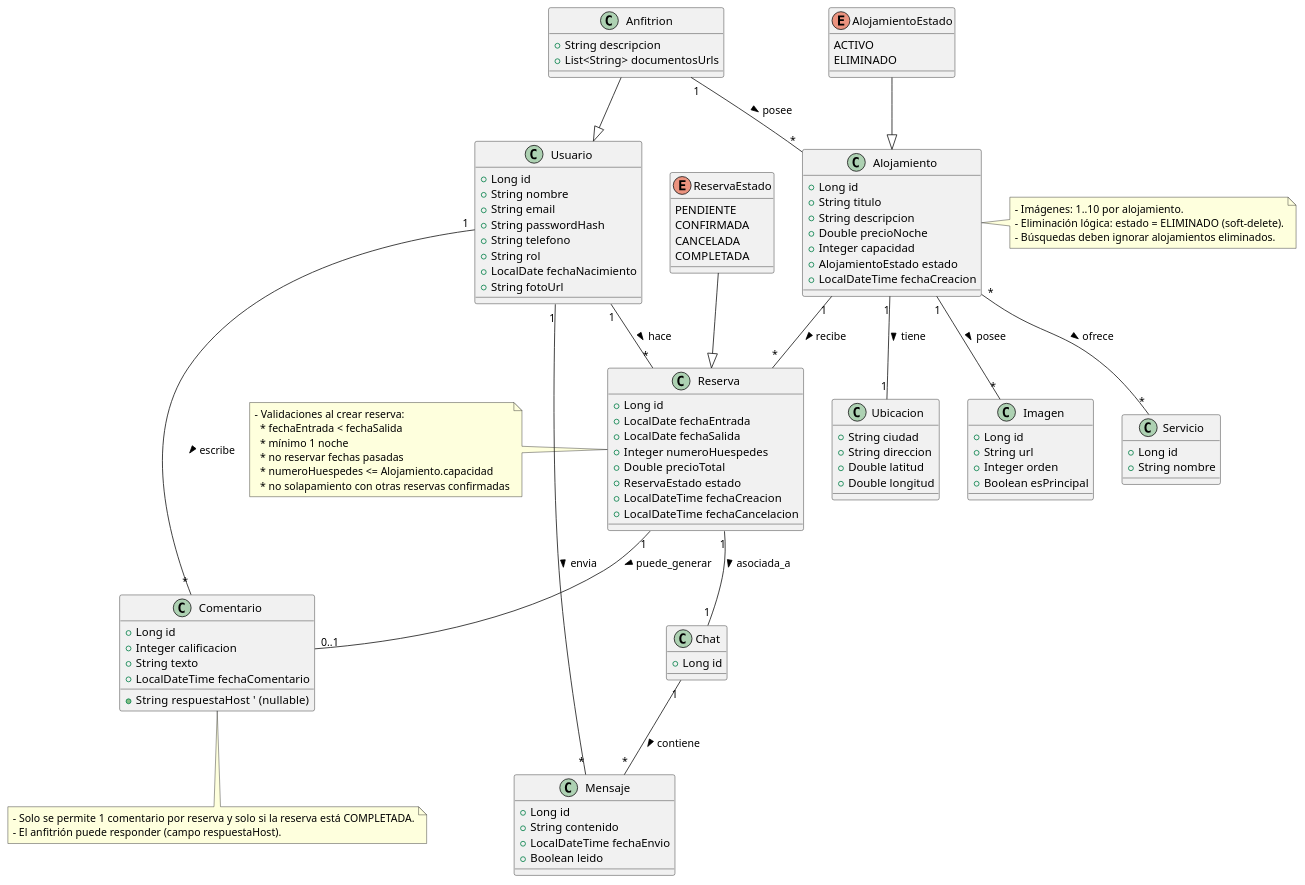
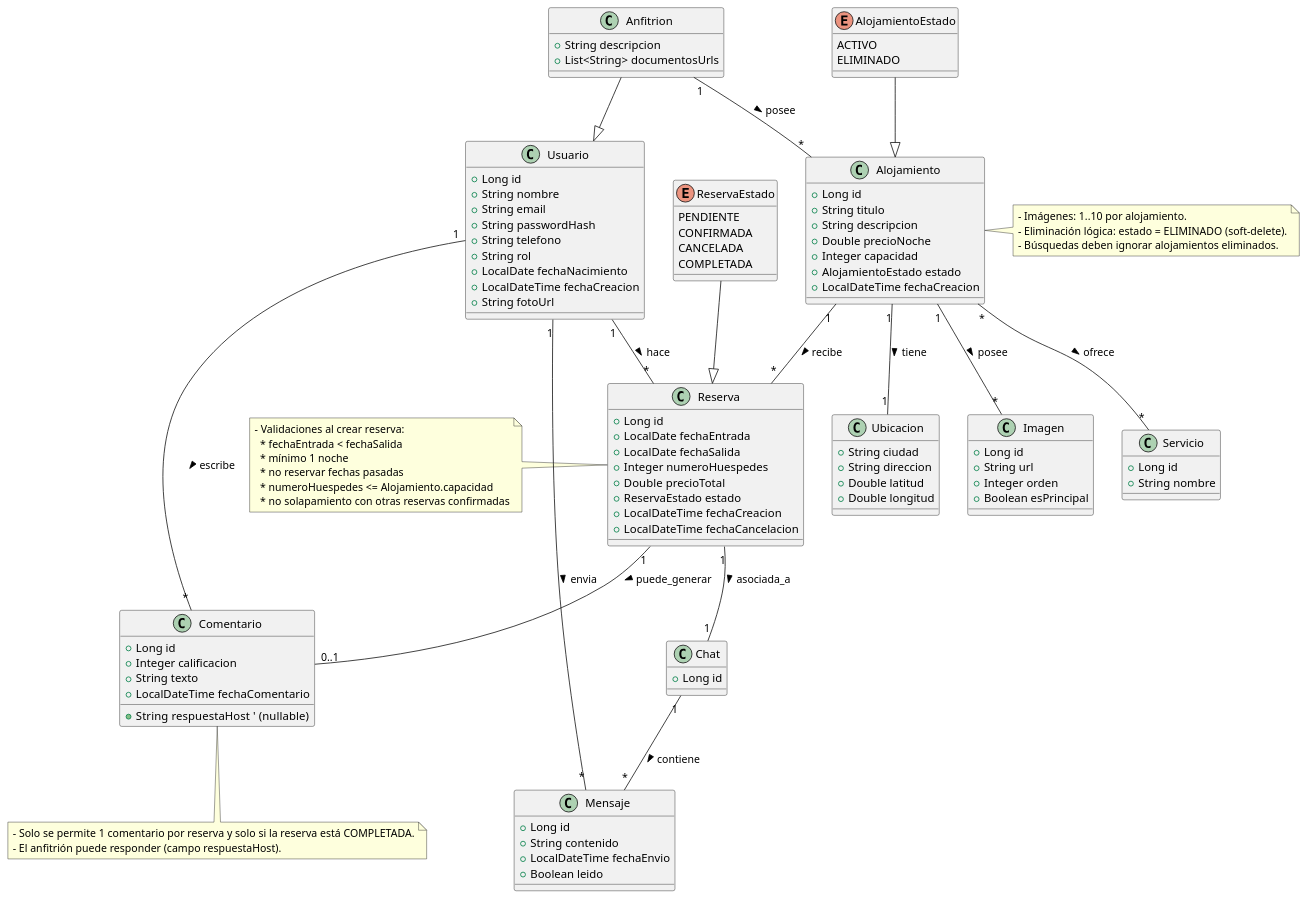
Before and after one commit to FelipePedraza/Proyecto_Final_Avanzada_Backend: the diagram in src/main/resources/DiagramaClases_ViviGo.puml, drawn with PlantUML. The commit also changed 1 other file, not shown here.

```diff
--- a/src/main/resources/DiagramaClases_ViviGo.puml
+++ b/src/main/resources/DiagramaClases_ViviGo.puml
@@ -1,128 +1,129 @@
 @startuml DiagramaClasesViviGo
 'Diagrama de Clases - ViviGo (Entidades y Relaciones)
 class Usuario {
   +Long id
   +String nombre
   +String email
   +String passwordHash
   +String telefono
   +String rol
   +LocalDate fechaNacimiento
+  +LocalDateTime fechaCreacion
   +String fotoUrl
 }
 
 class Anfitrion {
   +String descripcion
   +List<String> documentosUrls
 }
 Anfitrion --|> Usuario
 
 class Ubicacion {
   +String ciudad
   +String direccion
   +Double latitud
   +Double longitud
 }
 
 class Alojamiento {
   +Long id
   +String titulo
   +String descripcion
   +Double precioNoche
   +Integer capacidad
   +AlojamientoEstado estado
   +LocalDateTime fechaCreacion
 }
 
 class Imagen {
   +Long id
   +String url
   +Integer orden
   +Boolean esPrincipal
 }
 
 class Servicio {
   +Long id
   +String nombre
 }
 
 class Reserva {
   +Long id
   +LocalDate fechaEntrada
   +LocalDate fechaSalida
   +Integer numeroHuespedes
   +Double precioTotal
   +ReservaEstado estado
   +LocalDateTime fechaCreacion
   +LocalDateTime fechaCancelacion
 }
 
 class Comentario {
   +Long id
   +Integer calificacion
   +String texto
   +LocalDateTime fechaComentario
   +String respuestaHost  ' (nullable)
 }
 
 class Chat {
   +Long id
 }
 
 class Mensaje {
   +Long id
   +String contenido
   +LocalDateTime fechaEnvio
   +Boolean leido
 }
 
 enum AlojamientoEstado {
   ACTIVO
   ELIMINADO
 }
 AlojamientoEstado --|> Alojamiento
 
 enum ReservaEstado {
   PENDIENTE
   CONFIRMADA
   CANCELADA
   COMPLETADA
 }
 ReservaEstado --|> Reserva
 
 
 ' Associations and multiplicities
 Usuario "1" -- "*" Reserva : hace >
 Alojamiento "1" -- "*" Reserva : recibe >
 Anfitrion "1" -- "*" Alojamiento : posee >
 Alojamiento "1" -- "1" Ubicacion : tiene >
 Alojamiento "1" -- "*" Imagen : posee >
 Alojamiento "*" -- "*" Servicio : ofrece >
 Reserva "1" -- "0..1" Comentario : puede_generar >
 Reserva "1" -- "1" Chat : asociada_a >
 Chat "1" -- "*" Mensaje : contiene >
 Usuario "1" -- "*" Comentario : escribe >
 Usuario "1" -- "*" Mensaje : envia >
 
 ' Constraints / Business rules (notes)
 note right of Alojamiento
   - Imágenes: 1..10 por alojamiento.
   - Eliminación lógica: estado = ELIMINADO (soft-delete).
   - Búsquedas deben ignorar alojamientos eliminados.
 end note
 
 note left of Reserva
   - Validaciones al crear reserva:
     * fechaEntrada < fechaSalida
     * mínimo 1 noche
     * no reservar fechas pasadas
     * numeroHuespedes <= Alojamiento.capacidad
     * no solapamiento con otras reservas confirmadas
 end note
 
 note bottom of Comentario
   - Solo se permite 1 comentario por reserva y solo si la reserva está COMPLETADA.
   - El anfitrión puede responder (campo respuestaHost).
 end note
 
 @enduml
```
